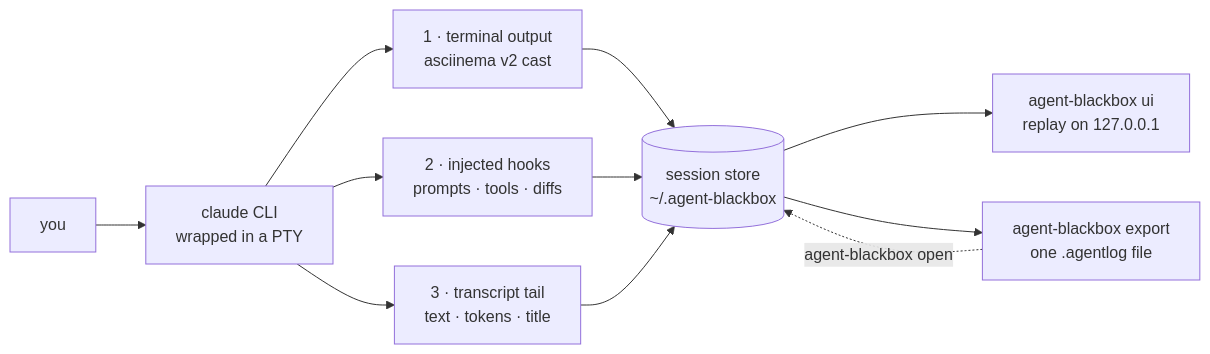
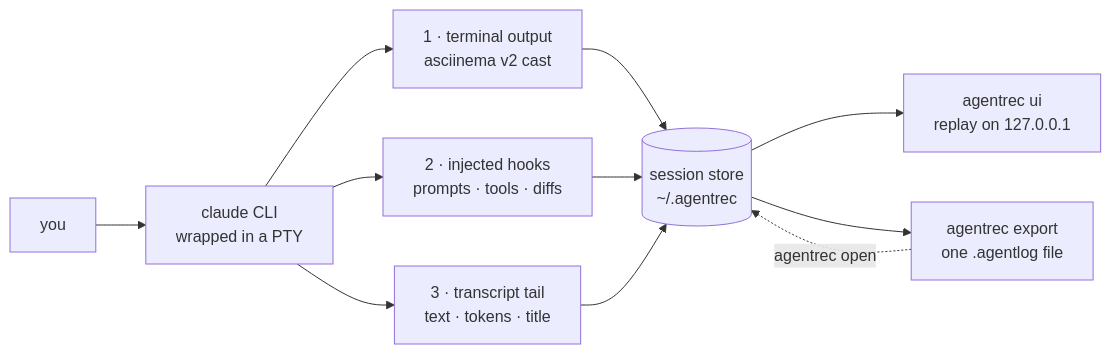
One commit to someflydays/agentrec changed the diagram in README.md. Above: the diagram before and after it, drawn with Mermaid. The commit also changed other lines of this file and 47 other files, not shown here.

````diff
--- a/README.md
+++ b/README.md
@@ -64,22 +64,22 @@
 ```mermaid
 flowchart LR
   Y["you"]
   P["claude CLI<br/>wrapped in a PTY"]
   A["1 · terminal output<br/>asciinema v2 cast"]
   B["2 · injected hooks<br/>prompts · tools · diffs"]
   C["3 · transcript tail<br/>text · tokens · title"]
-  S[("session store<br/>~/.agent-blackbox")]
-  D["agent-blackbox ui<br/>replay on 127.0.0.1"]
-  E["agent-blackbox export<br/>one .agentlog file"]
+  S[("session store<br/>~/.agentrec")]
+  D["agentrec ui<br/>replay on 127.0.0.1"]
+  E["agentrec export<br/>one .agentlog file"]
 
   Y --> P
   P --> A
   P --> B
   P --> C
   A --> S
   B --> S
   C --> S
   S --> D
   S --> E
-  E -.->|"agent-blackbox open"| S
+  E -.->|"agentrec open"| S
 ```
````
